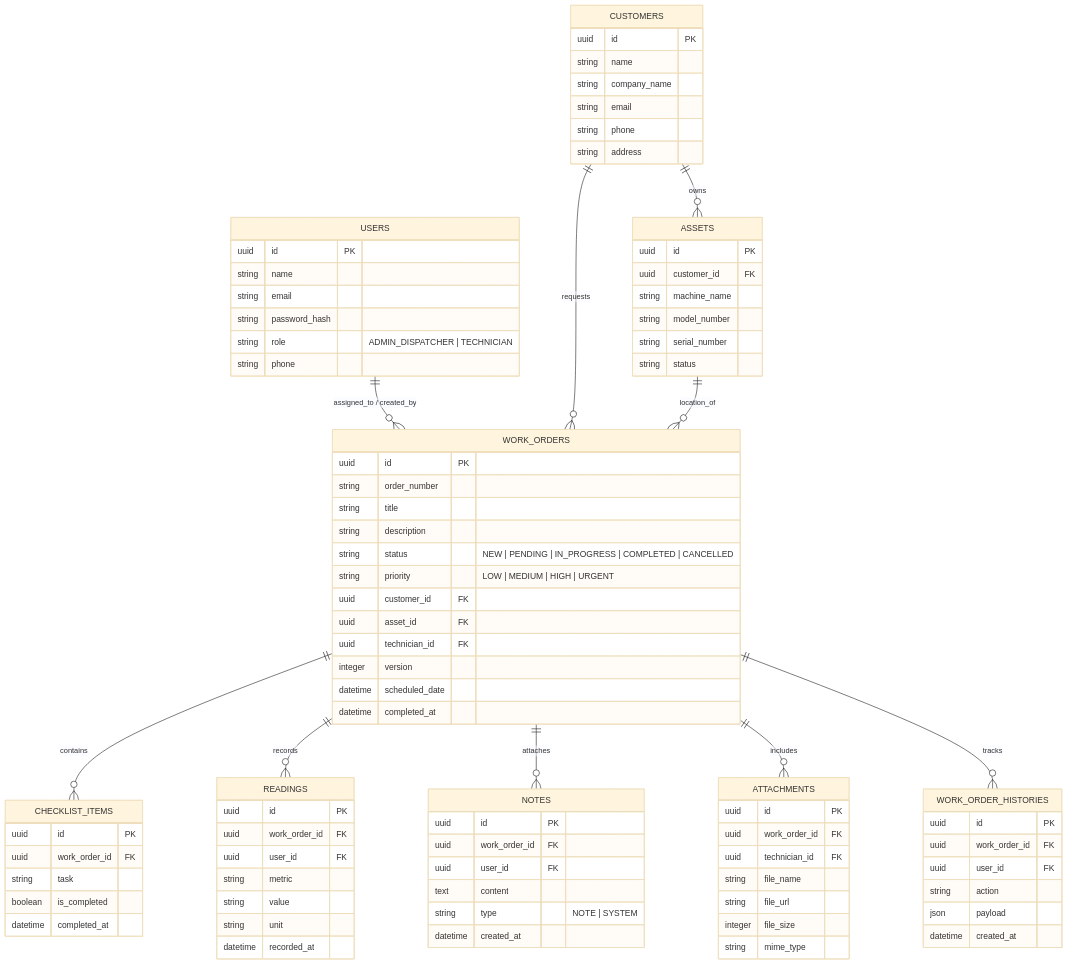
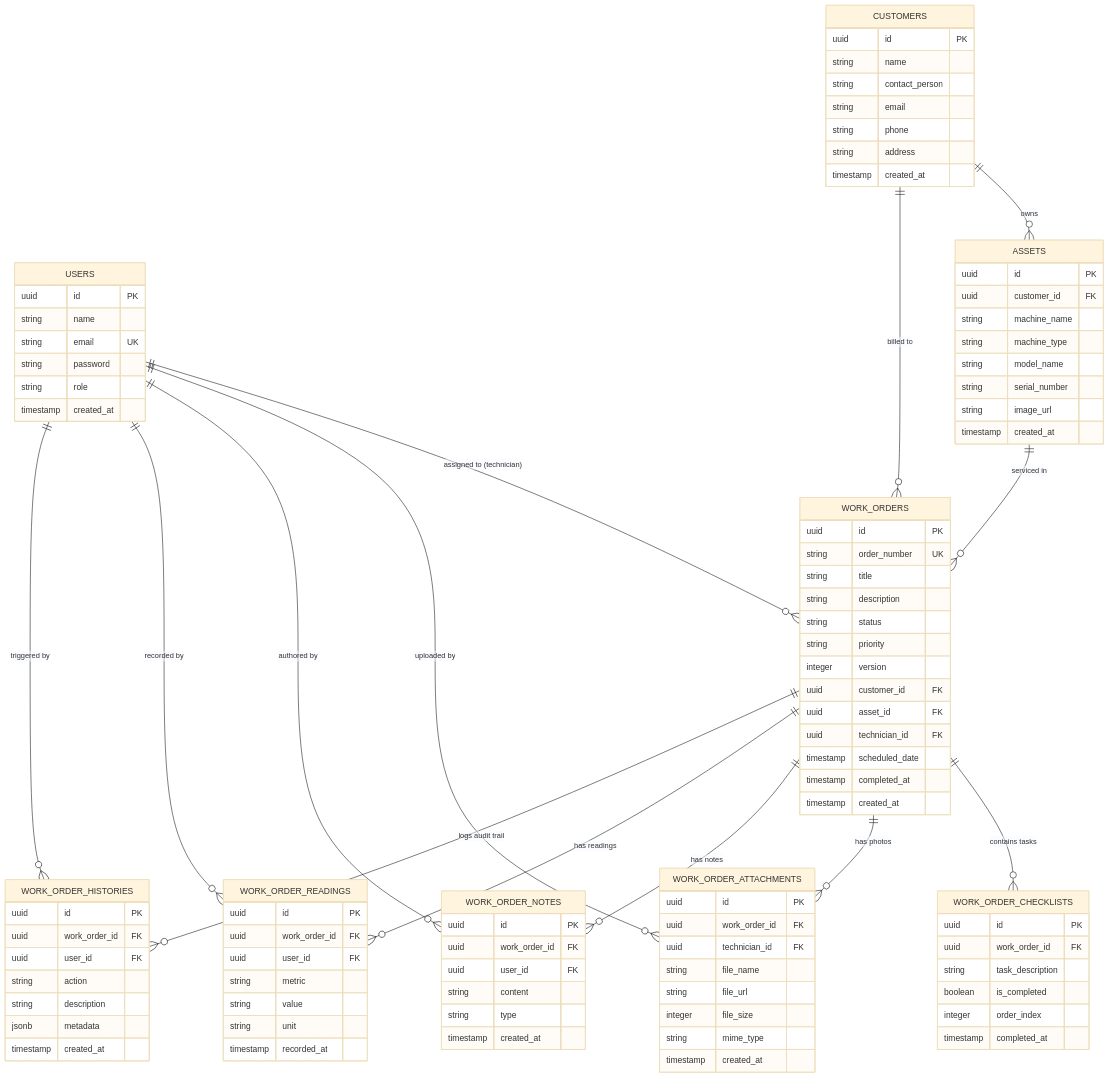
Before and after one commit to vishnudhrona/fieldflow-fsm: the second of 2 diagrams in docs/ARCHITECTURE.md, drawn with Mermaid (base theme). The commit also changed other lines of this file and 11 other files, not shown here.

Commit message:
docs: add ER diagram, architecture, API specs, and offline-first fixes

````diff
--- a/docs/ARCHITECTURE.md
+++ b/docs/ARCHITECTURE.md
@@ -60,85 +76,78 @@
 ```mermaid
 erDiagram
-    USERS ||--o{ WORK_ORDERS : "assigned_to / created_by"
+    USERS ||--o{ WORK_ORDERS : "assigned to (technician)"
+    USERS ||--o{ WORK_ORDER_ATTACHMENTS : "uploaded by"
+    USERS ||--o{ WORK_ORDER_NOTES : "authored by"
+    USERS ||--o{ WORK_ORDER_READINGS : "recorded by"
+    USERS ||--o{ WORK_ORDER_HISTORIES : "triggered by"
+
     CUSTOMERS ||--o{ ASSETS : "owns"
-    CUSTOMERS ||--o{ WORK_ORDERS : "requests"
-    ASSETS ||--o{ WORK_ORDERS : "location_of"
-    WORK_ORDERS ||--o{ CHECKLIST_ITEMS : "contains"
-    WORK_ORDERS ||--o{ READINGS : "records"
-    WORK_ORDERS ||--o{ NOTES : "attaches"
-    WORK_ORDERS ||--o{ ATTACHMENTS : "includes"
-    WORK_ORDERS ||--o{ WORK_ORDER_HISTORIES : "tracks"
+    CUSTOMERS ||--o{ WORK_ORDERS : "billed to"
+
+    ASSETS ||--o{ WORK_ORDERS : "serviced in"
+
+    WORK_ORDERS ||--o{ WORK_ORDER_CHECKLISTS : "contains tasks"
+    WORK_ORDERS ||--o{ WORK_ORDER_ATTACHMENTS : "has photos"
+    WORK_ORDERS ||--o{ WORK_ORDER_NOTES : "has notes"
+    WORK_ORDERS ||--o{ WORK_ORDER_READINGS : "has readings"
+    WORK_ORDERS ||--o{ WORK_ORDER_HISTORIES : "logs audit trail"
 
     USERS {
         uuid id PK
         string name
-        string email
-        string password_hash
-        string role "ADMIN_DISPATCHER | TECHNICIAN"
-        string phone
+        string email UK
+        string password
+        string role
+        timestamp created_at
     }
 
     CUSTOMERS {
         uuid id PK
         string name
-        string company_name
+        string contact_person
         string email
         string phone
         string address
+        timestamp created_at
     }
 
     ASSETS {
         uuid id PK
         uuid customer_id FK
         string machine_name
-        string model_number
+        string machine_type
+        string model_name
         string serial_number
-        string status
+        string image_url
+        timestamp created_at
     }
 
     WORK_ORDERS {
         uuid id PK
-        string order_number
+        string order_number UK
         string title
         string description
-        string status "NEW | PENDING | IN_PROGRESS | COMPLETED | CANCELLED"
-        string priority "LOW | MEDIUM | HIGH | URGENT"
+        string status
+        string priority
+        integer version
         uuid customer_id FK
         uuid asset_id FK
         uuid technician_id FK
-        integer version
-        datetime scheduled_date
-        datetime completed_at
+        timestamp scheduled_date
+        timestamp completed_at
+        timestamp created_at
     }
 
-    CHECKLIST_ITEMS {
+    WORK_ORDER_CHECKLISTS {
         uuid id PK
         uuid work_order_id FK
-        string task
+        string task_description
         boolean is_completed
-        datetime completed_at
+        integer order_index
+        timestamp completed_at
     }
 
-    READINGS {
-        uuid id PK
-        uuid work_order_id FK
-        uuid user_id FK
-        string metric
-        string value
-        string unit
-        datetime recorded_at
-    }
-
-    NOTES {
-        uuid id PK
-        uuid work_order_id FK
-        uuid user_id FK
-        text content
-        string type "NOTE | SYSTEM"
-        datetime created_at
-    }
-
-    ATTACHMENTS {
+    WORK_ORDER_ATTACHMENTS {
         uuid id PK
         uuid work_order_id FK
         uuid technician_id FK
@@ -146,6 +155,26 @@
         string file_url
         integer file_size
         string mime_type
+        timestamp created_at
+    }
+
+    WORK_ORDER_NOTES {
+        uuid id PK
+        uuid work_order_id FK
+        uuid user_id FK
+        string content
+        string type
+        timestamp created_at
+    }
+
+    WORK_ORDER_READINGS {
+        uuid id PK
+        uuid work_order_id FK
+        uuid user_id FK
+        string metric
+        string value
+        string unit
+        timestamp recorded_at
     }
 
     WORK_ORDER_HISTORIES {
@@ -153,7 +182,8 @@
         uuid work_order_id FK
         uuid user_id FK
         string action
-        json payload
-        datetime created_at
+        string description
+        jsonb metadata
+        timestamp created_at
     }
 ```
````
